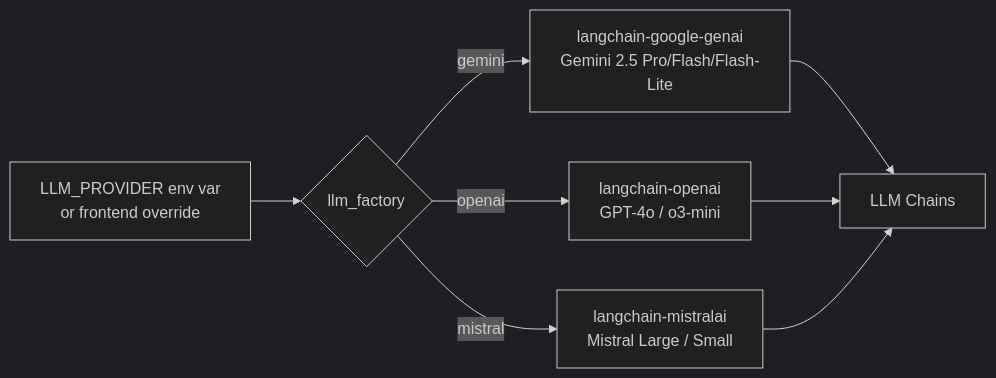
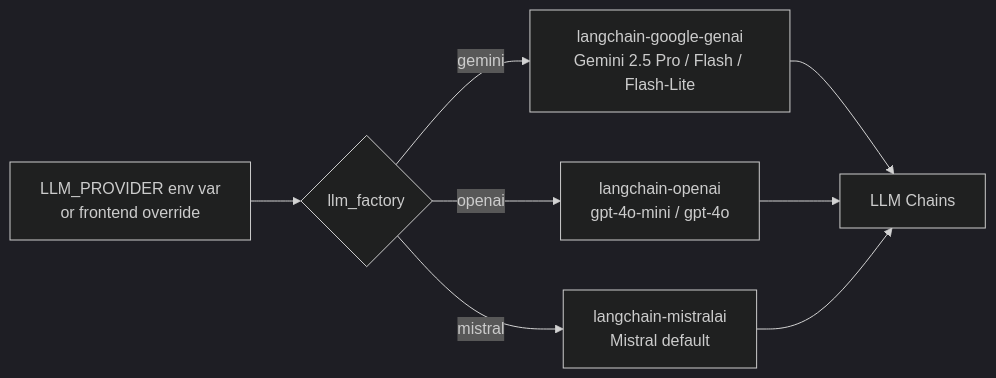
The fifth of 5 diagrams in docs/architecture.md (eikrad/Radiationsafety), drawn with Mermaid (dark theme) before and after one commit. The commit also changed other lines of this file and 1 other file, not shown here.

First line of the commit message:
docs: fix architecture.md inaccuracies and add mermaid overview diagrams

````diff
--- a/docs/architecture.md
+++ b/docs/architecture.md
@@ -184,10 +212,10 @@
 ```mermaid
 flowchart LR
     ENV[LLM_PROVIDER env var\nor frontend override] --> FAC{llm_factory}
-    FAC -->|gemini| GEM[langchain-google-genai\nGemini 2.5 Pro/Flash/Flash-Lite]
-    FAC -->|openai| OAI[langchain-openai\nGPT-4o / o3-mini]
-    FAC -->|mistral| MIS[langchain-mistralai\nMistral Large / Small]
+    FAC -->|gemini| GEM[langchain-google-genai\nGemini 2.5 Pro / Flash / Flash-Lite]
+    FAC -->|openai| OAI[langchain-openai\ngpt-4o-mini / gpt-4o]
+    FAC -->|mistral| MIS[langchain-mistralai\nMistral default]
     GEM --> CHAINS[LLM Chains]
     OAI --> CHAINS
     MIS --> CHAINS
 ```
````
